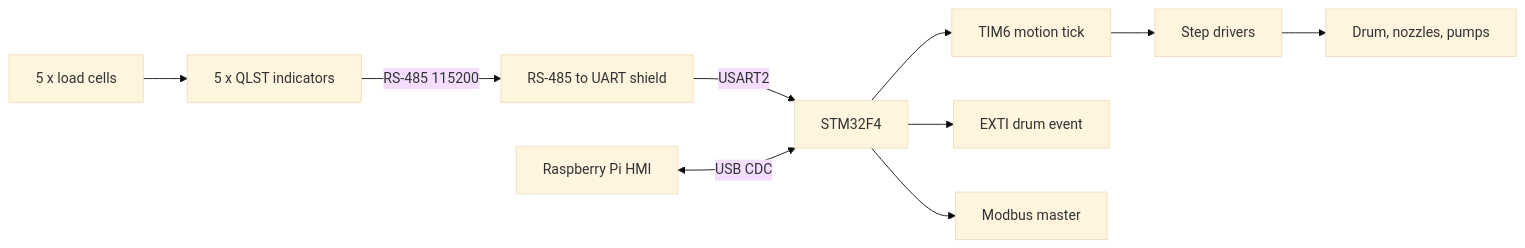
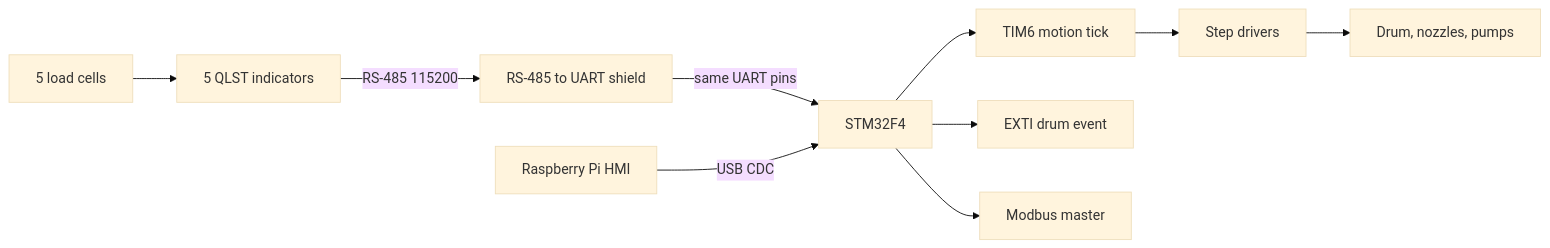
The second of 2 diagrams in _portfolio/0-filling.md (alibeknakhimov/portfolio.github.io), drawn with Mermaid (base theme) before and after one commit. The commit also changed other lines of this file, not shown here.

```diff
--- a/_portfolio/0-filling.md
+++ b/_portfolio/0-filling.md
@@ -56,12 +56,12 @@
-<div class="mermaid" markdown="0">
+<pre class="mermaid">
 flowchart LR
-    LC[5 x load cells] --> Q[5 x QLST indicators]
+    LC[5 load cells] --> Q[5 QLST indicators]
     Q -->|RS-485 115200| SH[RS-485 to UART shield]
-    SH -->|USART2| MCU[STM32F4]
+    SH -->|same UART pins| MCU[STM32F4]
     MCU --> TIM[TIM6 motion tick]
     MCU --> EXTI[EXTI drum event]
     MCU --> MB[Modbus master]
     TIM --> DRV[Step drivers]
     DRV --> MECH[Drum, nozzles, pumps]
-    PI[Raspberry Pi HMI] <-->|USB CDC| MCU
-</div>
+    PI[Raspberry Pi HMI] -->|USB CDC| MCU
+</pre>
```
